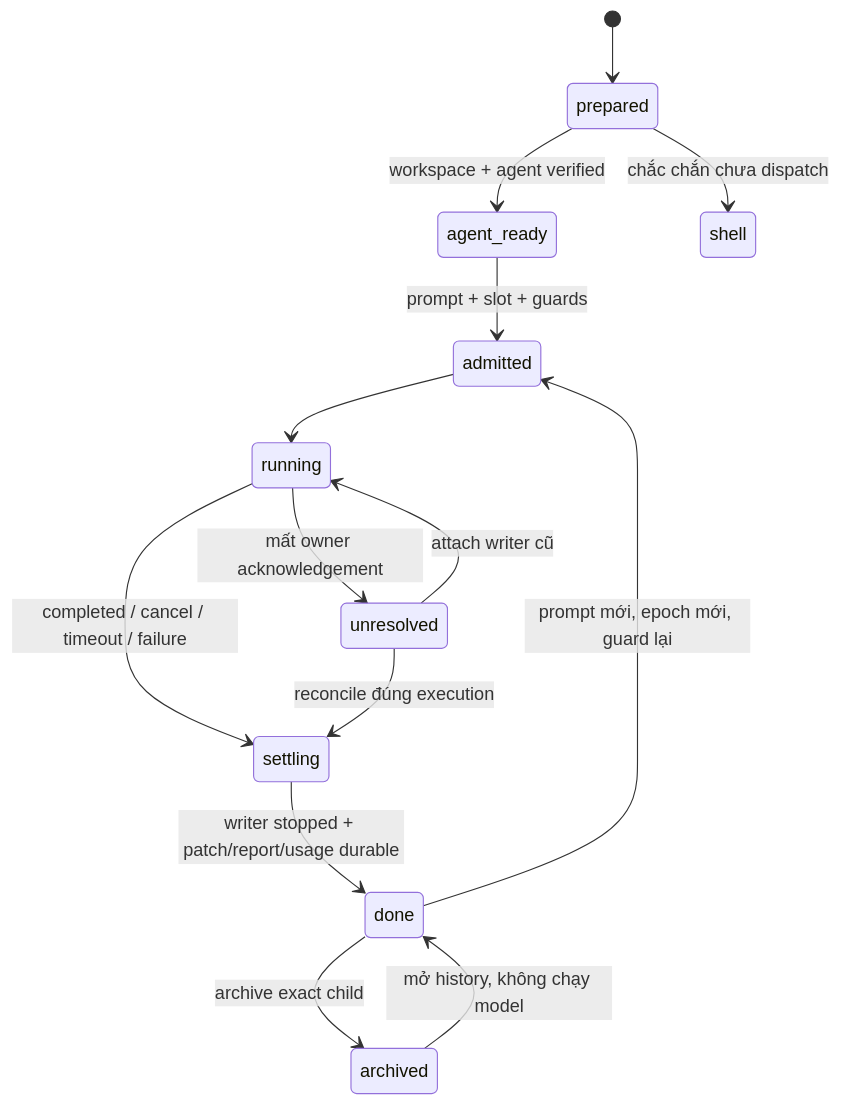
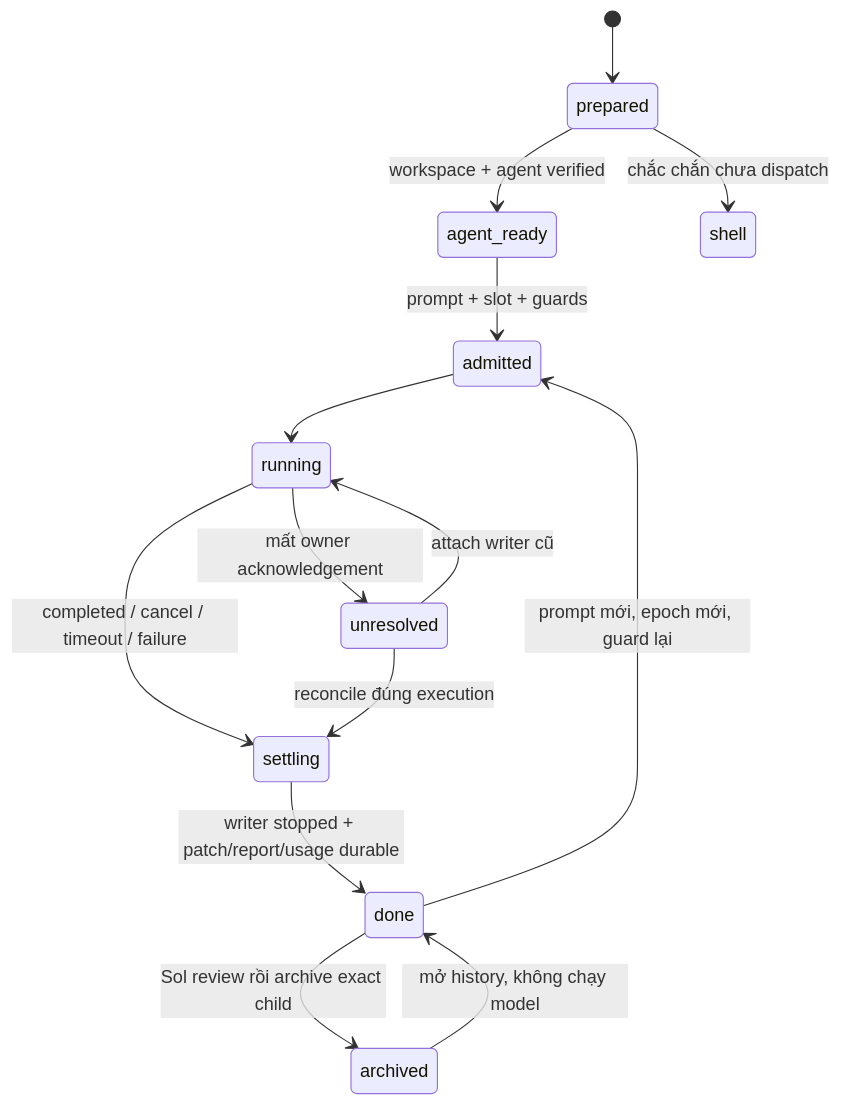
Before and after one commit to PhanAnh1001/claude-plugins: the diagram in hybrid-hands/docs/2026-11-09-hand-paseo-agent-spec.md, drawn with Mermaid. The commit also changed other lines of this file and 1 other file, not shown here.

````diff
--- a/hybrid-hands/docs/2026-11-09-hand-paseo-agent-spec.md
+++ b/hybrid-hands/docs/2026-11-09-hand-paseo-agent-spec.md
@@ -157,16 +214,16 @@
 ```mermaid
 stateDiagram-v2
     [*] --> prepared
     prepared --> agent_ready: workspace + agent verified
     prepared --> shell: chắc chắn chưa dispatch
     agent_ready --> admitted: prompt + slot + guards
     admitted --> running
     running --> settling: completed / cancel / timeout / failure
     settling --> done: writer stopped + patch/report/usage durable
     running --> unresolved: mất owner acknowledgement
     unresolved --> settling: reconcile đúng execution
     unresolved --> running: attach writer cũ
-    done --> archived: archive exact child
+    done --> archived: Sol review rồi archive exact child
     archived --> done: mở history, không chạy model
     done --> admitted: prompt mới, epoch mới, guard lại
 ```
````
